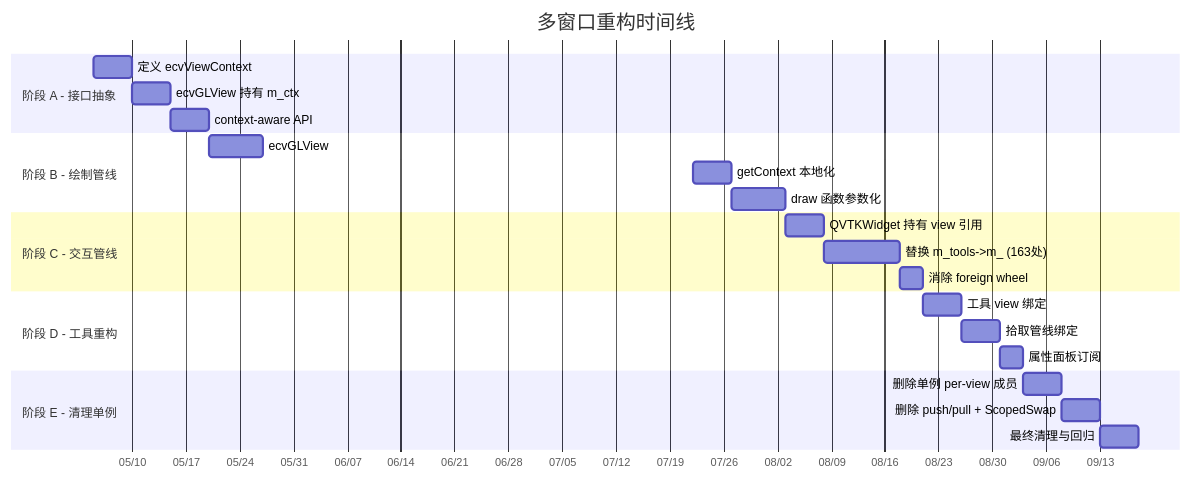
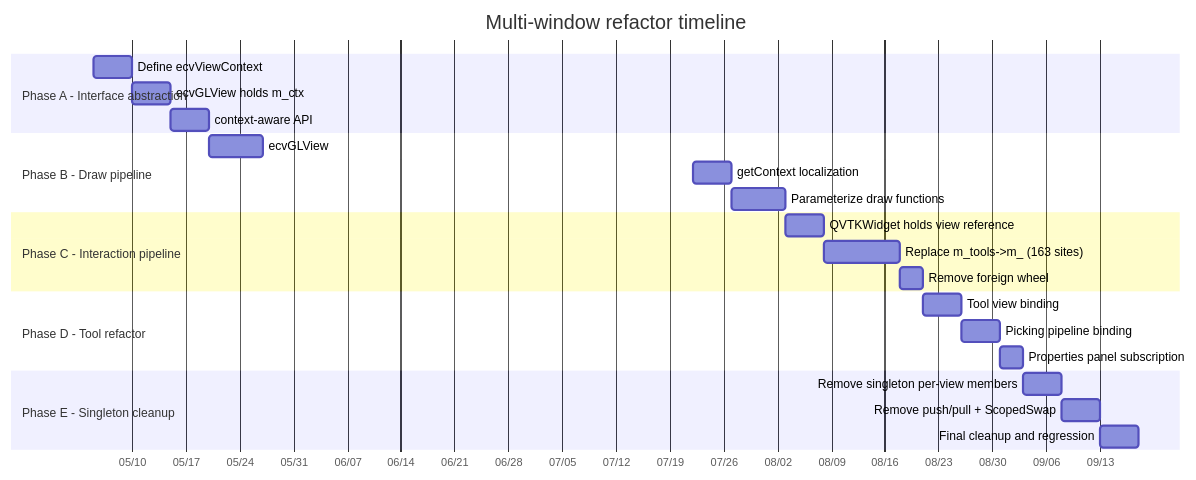
The diagram in docs/user-guide/multi-window-refactor-roadmap-Vtk-vs-CC.md (Asher-1/ACloudViewer), drawn with Mermaid before and after one commit. The commit also changed other lines of this file and 74 other files, not shown here.

````diff
--- a/docs/user-guide/multi-window-refactor-roadmap-Vtk-vs-CC.md
+++ b/docs/user-guide/multi-window-refactor-roadmap-Vtk-vs-CC.md
@@ -393,31 +393,31 @@
 ```mermaid
 gantt
-    title 多窗口重构时间线
+    title Multi-window refactor timeline
     dateFormat YYYY-MM-DD
     axisFormat %m/%d
 
-    section 阶段 A - 接口抽象
-    定义 ecvViewContext           :a1, 2026-05-05, 5d
-    ecvGLView 持有 m_ctx         :a2, after a1, 5d
+    section Phase A - Interface abstraction
+    Define ecvViewContext           :a1, 2026-05-05, 5d
+    ecvGLView holds m_ctx         :a2, after a1, 5d
     context-aware API            :a3, after a2, 5d
 
-    section 阶段 B - 绘制管线
-    ecvGLView::redraw 去单例     :b1, after a3, 7d
-    getContext 本地化             :b2, after b1, 5d
-    draw 函数参数化               :b3, after b2, 7d
+    section Phase B - Draw pipeline
+    ecvGLView::redraw de-singletonize     :b1, after a3, 7d
+    getContext localization             :b2, after b1, 5d
+    Parameterize draw functions               :b3, after b2, 7d
 
-    section 阶段 C - 交互管线
-    QVTKWidget 持有 view 引用     :c1, after b3, 5d
-    替换 m_tools->m_ (163处)     :c2, after c1, 10d
-    消除 foreign wheel           :c3, after c2, 3d
+    section Phase C - Interaction pipeline
+    QVTKWidget holds view reference     :c1, after b3, 5d
+    Replace m_tools->m_ (163 sites)     :c2, after c1, 10d
+    Remove foreign wheel           :c3, after c2, 3d
 
-    section 阶段 D - 工具重构
-    工具 view 绑定                :d1, after c3, 5d
-    拾取管线绑定                   :d2, after d1, 5d
-    属性面板订阅                   :d3, after d2, 3d
+    section Phase D - Tool refactor
+    Tool view binding                :d1, after c3, 5d
+    Picking pipeline binding                   :d2, after d1, 5d
+    Properties panel subscription                   :d3, after d2, 3d
 
-    section 阶段 E - 清理单例
-    删除单例 per-view 成员         :e1, after d3, 5d
-    删除 push/pull + ScopedSwap  :e2, after e1, 5d
-    最终清理与回归                  :e3, after e2, 5d
+    section Phase E - Singleton cleanup
+    Remove singleton per-view members         :e1, after d3, 5d
+    Remove push/pull + ScopedSwap  :e2, after e1, 5d
+    Final cleanup and regression                  :e3, after e2, 5d
 ```
````
